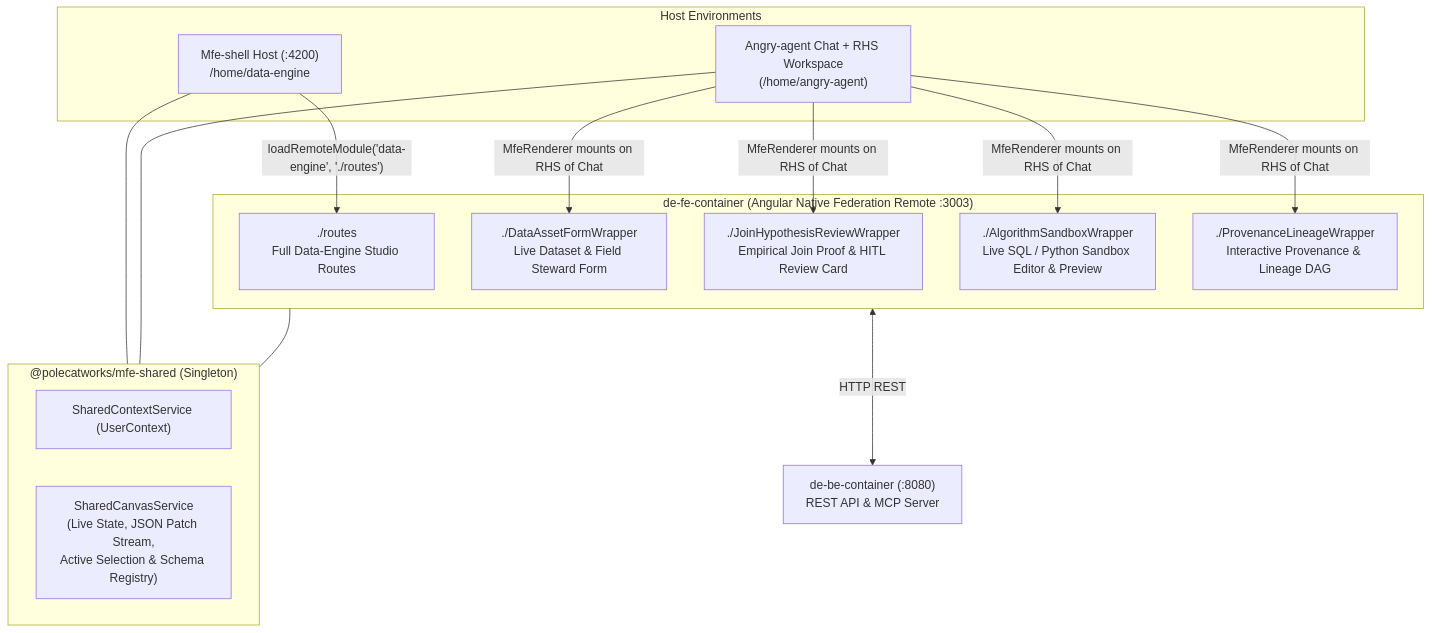
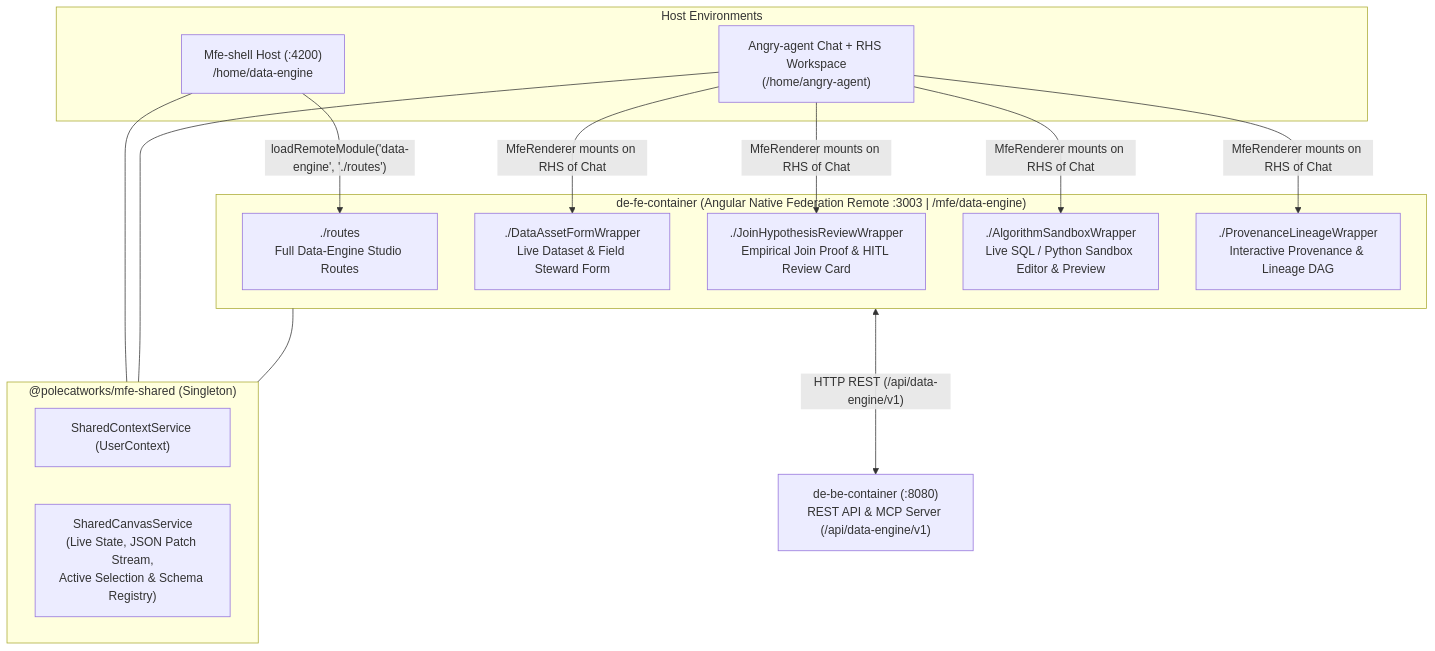
Before and after one commit to PolecatWorks/data-engine: the first of 2 diagrams in spec/prds/mfe-frontend-canvas-prd.md, drawn with Mermaid. The commit also changed other lines of this file and 14 other files, not shown here.

````diff
--- a/spec/prds/mfe-frontend-canvas-prd.md
+++ b/spec/prds/mfe-frontend-canvas-prd.md
@@ -13,33 +18,33 @@
 ```mermaid
 flowchart TB
     subgraph HostApps["Host Environments"]
         Shell["Mfe-shell Host (:4200)\n/home/data-engine"]
         Angry["Angry-agent Chat + RHS Workspace\n(/home/angry-agent)"]
     end
 
     subgraph SharedLib["@polecatworks/mfe-shared (Singleton)"]
         UserCtx["SharedContextService (UserContext)"]
         CanvasSvc["SharedCanvasService\n(Live State, JSON Patch Stream,\nActive Selection & Schema Registry)"]
     end
 
-    subgraph DE_FE["de-fe-container (Angular Native Federation Remote :3003)"]
+    subgraph DE_FE["de-fe-container (Angular Native Federation Remote :3003 | /mfe/data-engine)"]
         Routes["./routes\nFull Data-Engine Studio Routes"]
         AssetForm["./DataAssetFormWrapper\nLive Dataset & Field Steward Form"]
         JoinCard["./JoinHypothesisReviewWrapper\nEmpirical Join Proof & HITL Review Card"]
         AlgoEditor["./AlgorithmSandboxWrapper\nLive SQL / Python Sandbox Editor & Preview"]
         ProvViewer["./ProvenanceLineageWrapper\nInteractive Provenance & Lineage DAG"]
     end
 
-    DE_BE["de-be-container (:8080)\nREST API & MCP Server"]
+    DE_BE["de-be-container (:8080)\nREST API & MCP Server (/api/data-engine/v1)"]
 
     Shell -->|"loadRemoteModule('data-engine', './routes')"| Routes
     Angry -->|"MfeRenderer mounts on RHS of Chat"| AssetForm
     Angry -->|"MfeRenderer mounts on RHS of Chat"| JoinCard
     Angry -->|"MfeRenderer mounts on RHS of Chat"| AlgoEditor
     Angry -->|"MfeRenderer mounts on RHS of Chat"| ProvViewer
 
     Shell --- SharedLib
     Angry --- SharedLib
     DE_FE --- SharedLib
-    DE_FE <-->|"HTTP REST"| DE_BE
+    DE_FE <-->|"HTTP REST (/api/data-engine/v1)"| DE_BE
 ```
````
